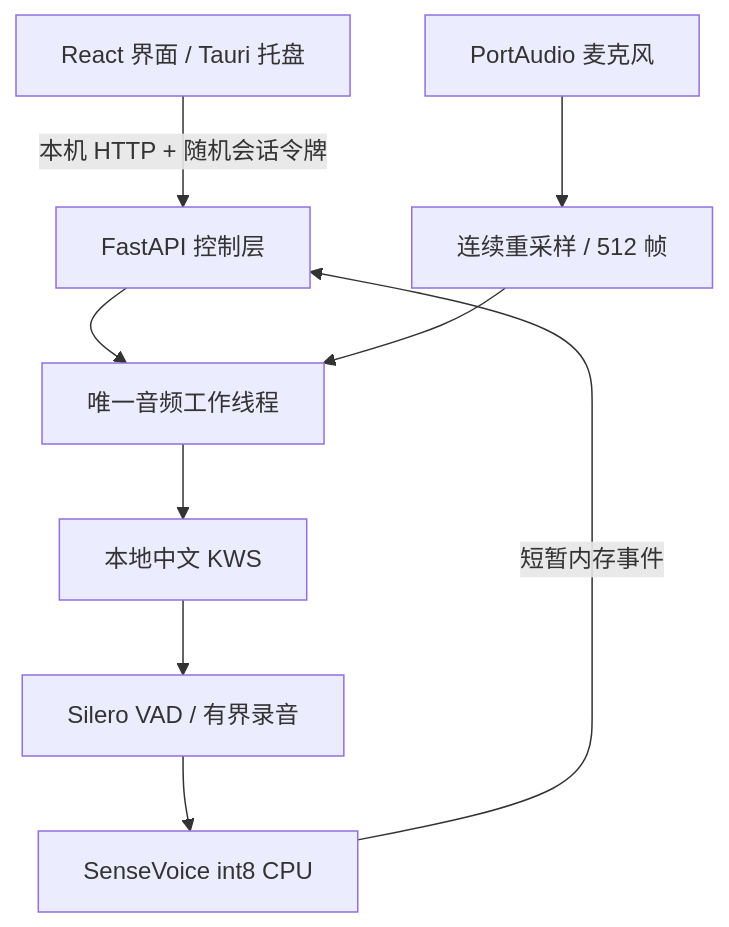
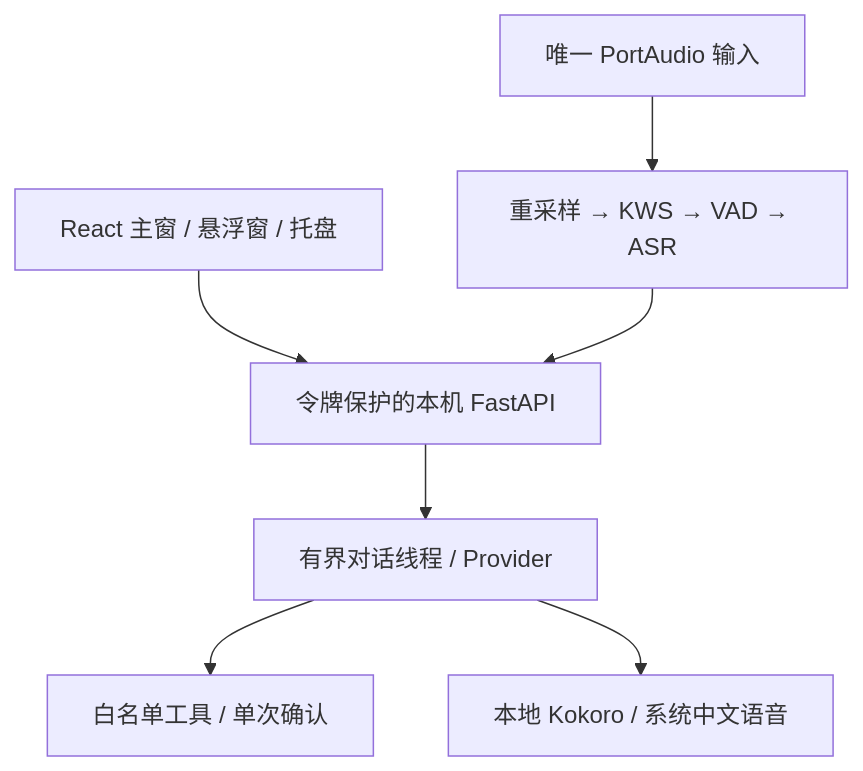
The diagram in docs/architecture.md (AureliusWu/SiLing), drawn with Mermaid before and after one commit. The commit also changed other lines of this file and 30 other files, not shown here.

````diff
--- a/docs/architecture.md
+++ b/docs/architecture.md
@@ -9,11 +6,9 @@
 ```mermaid
 flowchart TD
-    UI["React 界面 / Tauri 托盘"] -->|"本机 HTTP + 随机会话令牌"| API["FastAPI 控制层"]
-    API --> OWNER["唯一音频工作线程"]
-    MIC["PortAudio 麦克风"] --> RESAMPLE["连续重采样 / 512 帧"]
-    RESAMPLE --> OWNER
-    OWNER --> KWS["本地中文 KWS"]
-    KWS --> REC["Silero VAD / 有界录音"]
-    REC --> ASR["SenseVoice int8 CPU"]
-    ASR -->|"短暂内存事件"| API
+    UI["React 主窗 / 悬浮窗 / 托盘"] --> API["令牌保护的本机 FastAPI"]
+    MIC["唯一 PortAudio 输入"] --> PIPE["重采样 → KWS → VAD → ASR"]
+    PIPE --> API
+    API --> DIALOGUE["有界对话线程 / Provider"]
+    DIALOGUE --> TOOL["白名单工具 / 单次确认"]
+    DIALOGUE --> TTS["本地 Kokoro / 系统中文语音"]
 ```
````
